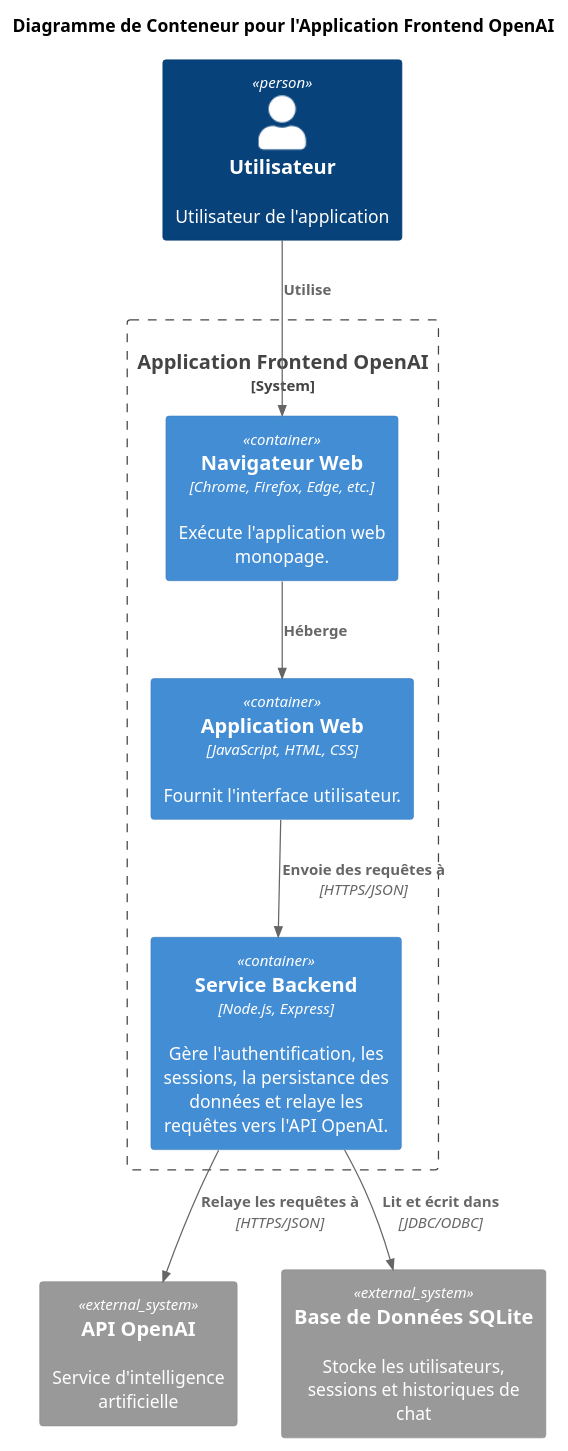
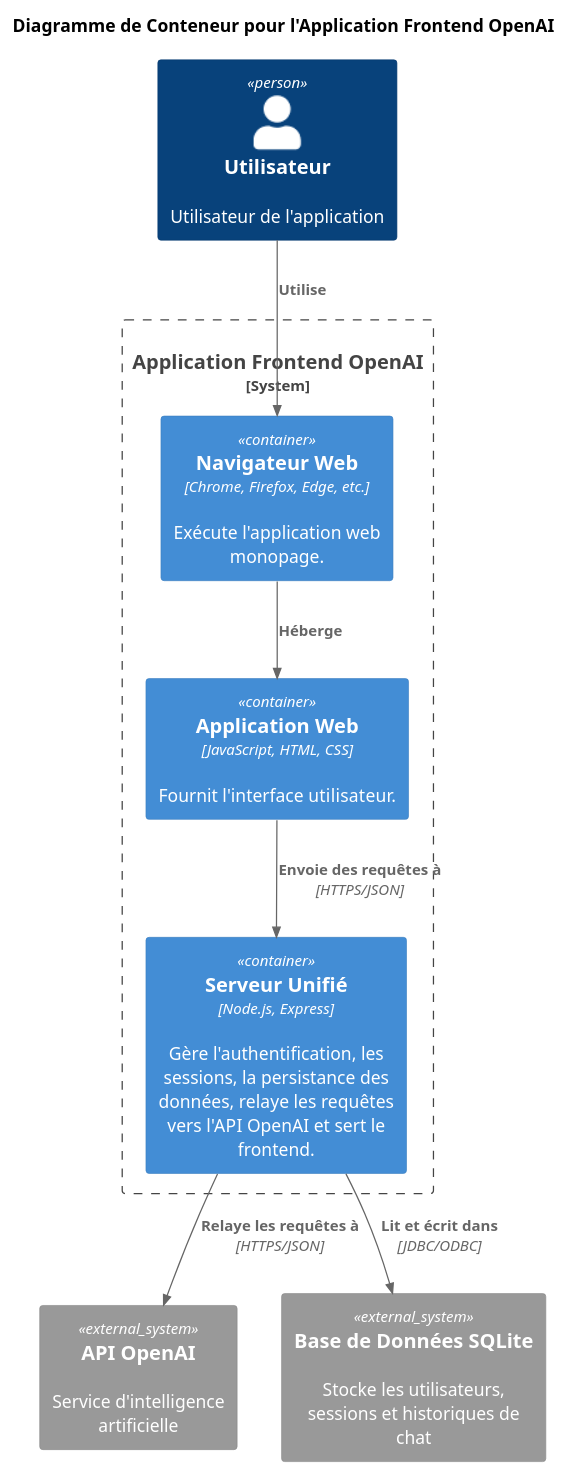
The diagram in architecture/diagrams/container.puml (JeanPCordeiro/myAIChat), drawn with PlantUML before and after one commit. The commit also changed 10 other files, not shown here.

Commit message:
gestion des users et sessions

```diff
--- a/architecture/diagrams/container.puml
+++ b/architecture/diagrams/container.puml
@@ -1,23 +1,23 @@
 @startuml
 !include https://raw.githubusercontent.com/plantuml-stdlib/C4-PlantUML/master/C4_Container.puml
 
 title Diagramme de Conteneur pour l'Application Frontend OpenAI
 
 Person(user, "Utilisateur", "Utilisateur de l'application")
 
 System_Boundary(c1, "Application Frontend OpenAI") {
     Container(spa, "Application Web", "JavaScript, HTML, CSS", "Fournit l'interface utilisateur.")
     Container(web_browser, "Navigateur Web", "Chrome, Firefox, Edge, etc.", "Exécute l'application web monopage.")
-    Container(backend_service, "Service Backend", "Node.js, Express", "Gère l'authentification, les sessions, la persistance des données et relaye les requêtes vers l'API OpenAI.")
+    Container(unified_server, "Serveur Unifié", "Node.js, Express", "Gère l'authentification, les sessions, la persistance des données, relaye les requêtes vers l'API OpenAI et sert le frontend.")
 }
 
 System_Ext(openai_api, "API OpenAI", "Service d'intelligence artificielle")
 System_Ext(sqlite_db, "Base de Données SQLite", "Stocke les utilisateurs, sessions et historiques de chat")
 
 Rel(user, web_browser, "Utilise")
 Rel(web_browser, spa, "Héberge")
-Rel(spa, backend_service, "Envoie des requêtes à", "HTTPS/JSON")
-Rel(backend_service, openai_api, "Relaye les requêtes à", "HTTPS/JSON")
-Rel(backend_service, sqlite_db, "Lit et écrit dans", "JDBC/ODBC")
+Rel(spa, unified_server, "Envoie des requêtes à", "HTTPS/JSON")
+Rel(unified_server, openai_api, "Relaye les requêtes à", "HTTPS/JSON")
+Rel(unified_server, sqlite_db, "Lit et écrit dans", "JDBC/ODBC")
 
 @enduml
```
